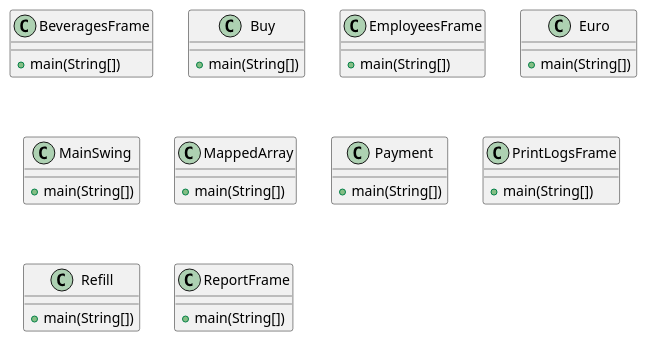
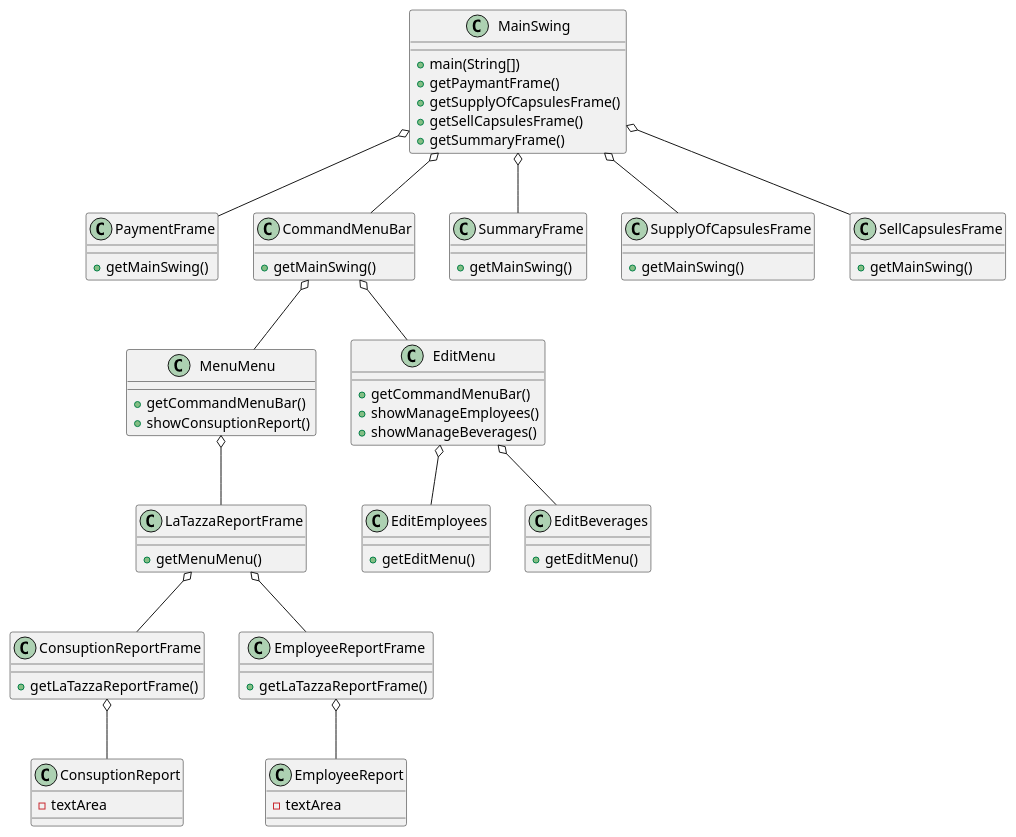
Before and after one commit to salvatore-dimartino/LaTazza: the fifth of 7 diagrams in templates/DesignDocumentTemplate.md, drawn with PlantUML. The commit also changed other lines of this file, not shown here.

````diff
--- a/templates/DesignDocumentTemplate.md
+++ b/templates/DesignDocumentTemplate.md
@@ -244,47 +245,86 @@
 ```plantuml
 @startuml
-allowmixing
-
-class BeveragesFrame {
-    +main(String[])
-}
-
-class Buy {
-    +main(String[])
-}
-
-class EmployeesFrame {
-    +main(String[])
-}
-
-class Euro {
-    +main(String[])
-}
 
 class MainSwing {
     +main(String[])
+    +getPaymantFrame()
+    +getSupplyOfCapsulesFrame()
+    +getSellCapsulesFrame()
+    +getSummaryFrame()
 }
 
-class MappedArray {
-    +main(String[])
+class PaymentFrame {
+    +getMainSwing()
 }
 
-class Payment {
-    +main(String[])
+class CommandMenuBar {
+    +getMainSwing()
 }
 
-class PrintLogsFrame {
-    +main(String[])
+class SummaryFrame {
+    +getMainSwing()
 }
 
-class Refill {
-    +main(String[])
+class MenuMenu {
+    +getCommandMenuBar()
+    +showConsuptionReport()
 }
 
-class ReportFrame {
-    +main(String[])
+class EditMenu {
+    +getCommandMenuBar()
+    +showManageEmployees()
+    +showManageBeverages()
 }
 
+class SupplyOfCapsulesFrame {
+    +getMainSwing()
+}
+
+class SellCapsulesFrame {
+    +getMainSwing()
+}
+
+class EditEmployees {
+    +getEditMenu()
+}
+
+class EditBeverages {
+    +getEditMenu()
+}
+
+class LaTazzaReportFrame {
+    +getMenuMenu()
+}
+
+class ConsuptionReportFrame {
+    +getLaTazzaReportFrame()
+}
+
+class EmployeeReportFrame {
+    +getLaTazzaReportFrame()
+}
+
+class ConsuptionReport {
+    -textArea
+}
+class EmployeeReport {
+    -textArea
+}
+
+MainSwing o-- CommandMenuBar
+MainSwing o-- PaymentFrame
+MainSwing o-- SupplyOfCapsulesFrame
+MainSwing o-- SellCapsulesFrame
+MainSwing o-- SummaryFrame
+EditMenu o-- EditEmployees
+EditMenu o-- EditBeverages
+CommandMenuBar  o-- MenuMenu
+CommandMenuBar  o-- EditMenu
+MenuMenu o-- LaTazzaReportFrame
+LaTazzaReportFrame o-- ConsuptionReportFrame
+LaTazzaReportFrame o-- EmployeeReportFrame
+ConsuptionReportFrame o-- ConsuptionReport
+EmployeeReportFrame o-- EmployeeReport
 
 @enduml
 ```
````
